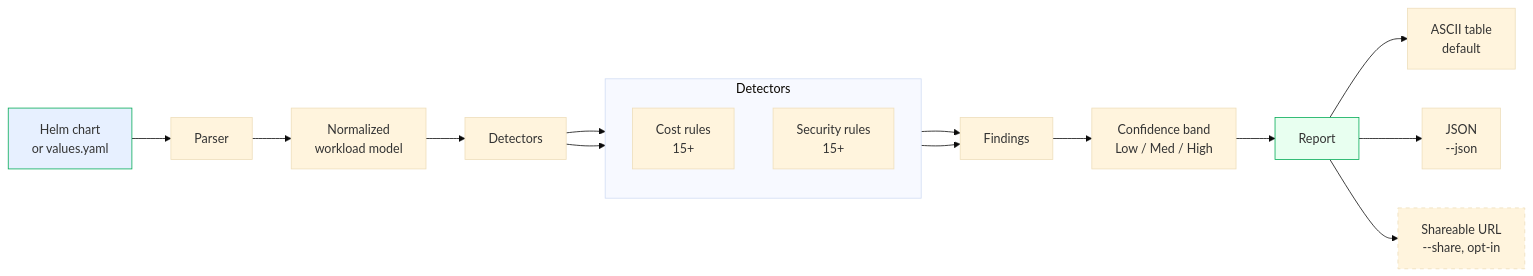
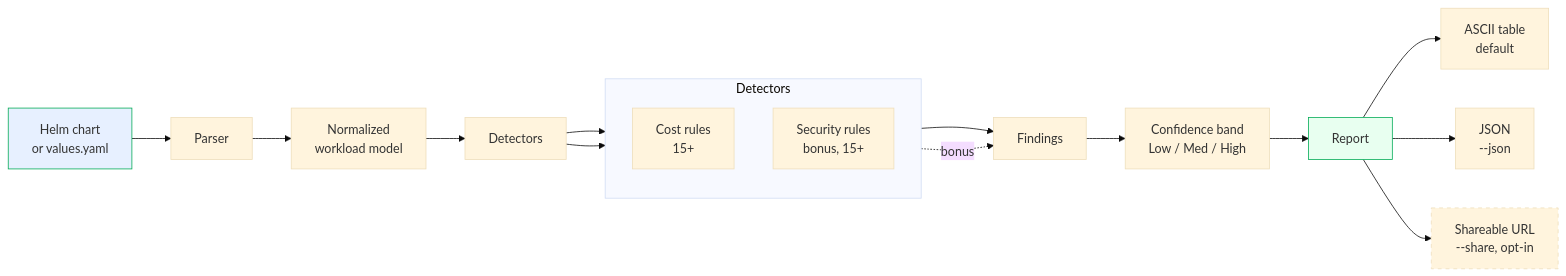
The first of 4 diagrams in README.md (jonathansiles/optiqor-cli), drawn with Mermaid (base theme) before and after one commit. The commit also changed other lines of this file and 73 other files, not shown here.

````diff
--- a/README.md
+++ b/README.md
@@ -114,27 +120,27 @@
 ```mermaid
 flowchart LR
     A[Helm chart<br/>or values.yaml] --> B[Parser]
     B --> C[Normalized<br/>workload model]
     C --> D[Detectors]
 
     subgraph Detectors
       direction TB
       D1[Cost rules<br/>15+]
-      D2[Security rules<br/>15+]
+      D2[Security rules<br/>bonus, 15+]
     end
 
     D --> D1
     D --> D2
     D1 --> E[Findings]
-    D2 --> E
+    D2 -.bonus.-> E
     E --> F[Confidence band<br/>Low / Med / High]
     F --> G[Report]
 
     G --> H1[ASCII table<br/>default]
     G --> H2[JSON<br/>--json]
     G --> H3[Shareable URL<br/>--share, opt-in]
 
     style A fill:#e7f0ff,stroke:#0a5
     style G fill:#e8fff0,stroke:#0a5
     style H3 stroke-dasharray: 5 5
 ```
````
